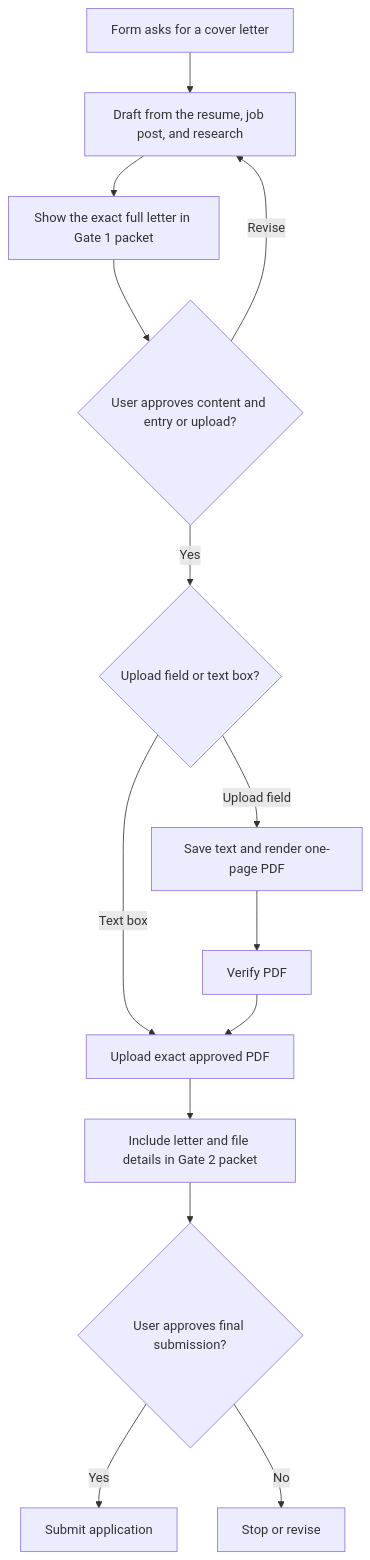
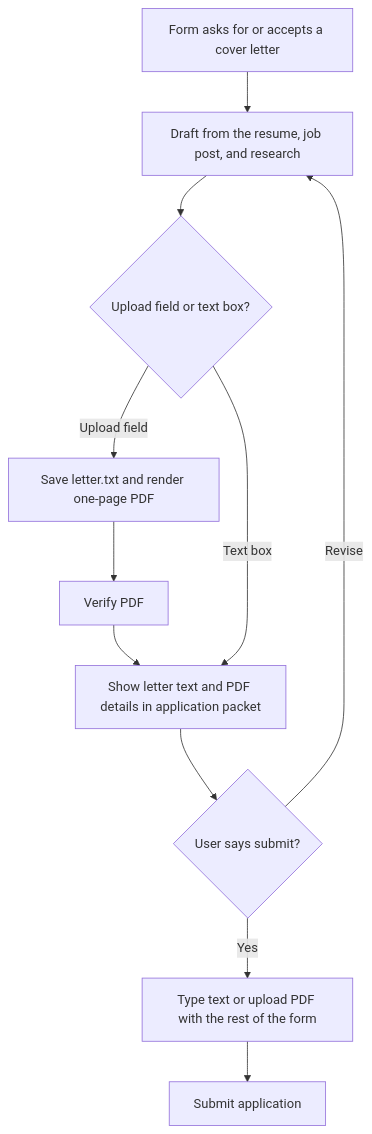
One commit to fsw0422/skills changed the diagram in linkedin-job-pilot/references/cover-letter.md. Above: the diagram before and after it, drawn with Mermaid. The commit also changed other lines of this file and 3 other files, not shown here.

First line of the commit message:
feat(linkedin-job-pilot): use one submit approval per application (#5)

```diff
--- a/linkedin-job-pilot/references/cover-letter.md
+++ b/linkedin-job-pilot/references/cover-letter.md
@@ -9,16 +9,13 @@
 ~~~mermaid
 flowchart TD
-    A[Form asks for a cover letter] --> B[Draft from the resume, job post, and research]
-    B --> C[Show the exact full letter in Gate 1 packet]
-    C --> D{User approves content and entry or upload?}
-    D -- Revise --> B
-    D -- Yes --> E{Upload field or text box?}
-    E -- Text box --> H[Enter exact approved text]
-    E -- Upload field --> F[Save text and render one-page PDF]
-    F --> G[Verify PDF]
-    G --> H[Upload exact approved PDF]
-    H --> I[Include letter and file details in Gate 2 packet]
-    I --> J{User approves final submission?}
-    J -- Yes --> K[Submit application]
-    J -- No --> L[Stop or revise]
+    A[Form asks for or accepts a cover letter] --> B[Draft from the resume, job post, and research]
+    B --> C{Upload field or text box?}
+    C -- Upload field --> D[Save letter.txt and render one-page PDF]
+    D --> E[Verify PDF]
+    E --> F[Show letter text and PDF details in application packet]
+    C -- Text box --> F
+    F --> G{User says submit?}
+    G -- Revise --> B
+    G -- Yes --> H[Type text or upload PDF with the rest of the form]
+    H --> I[Submit application]
 ~~~
```
